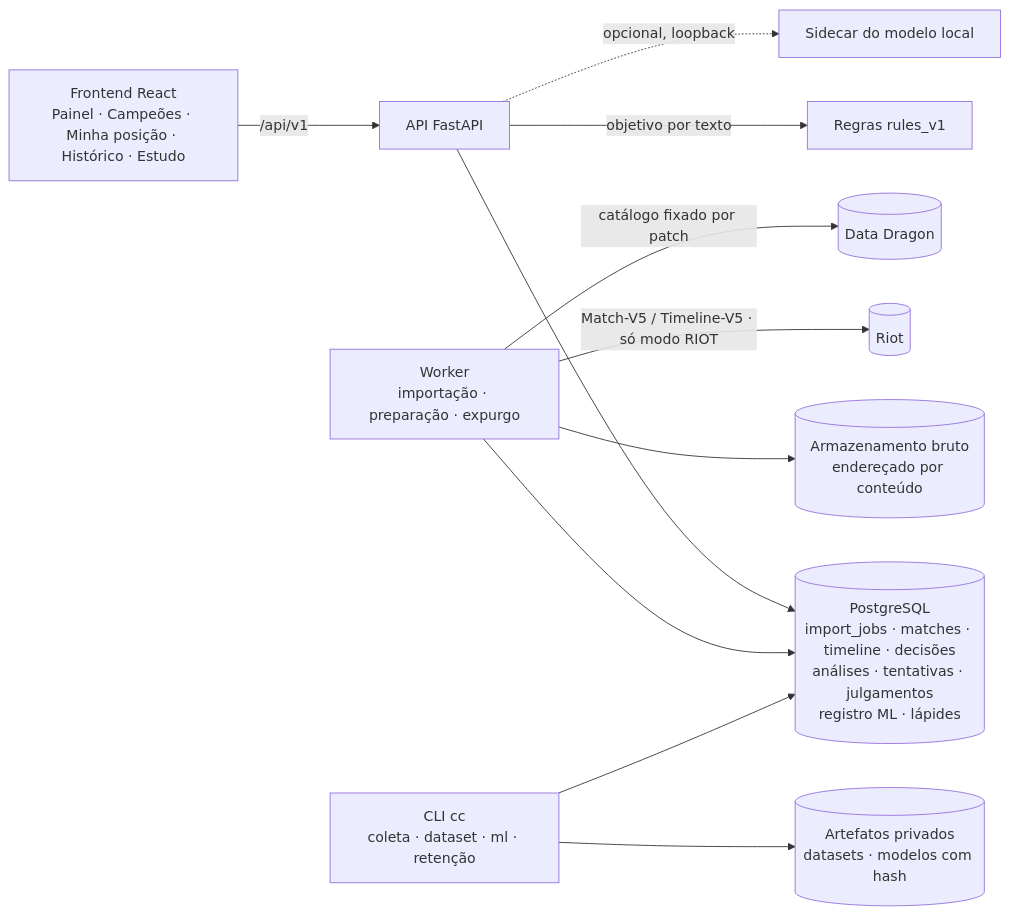
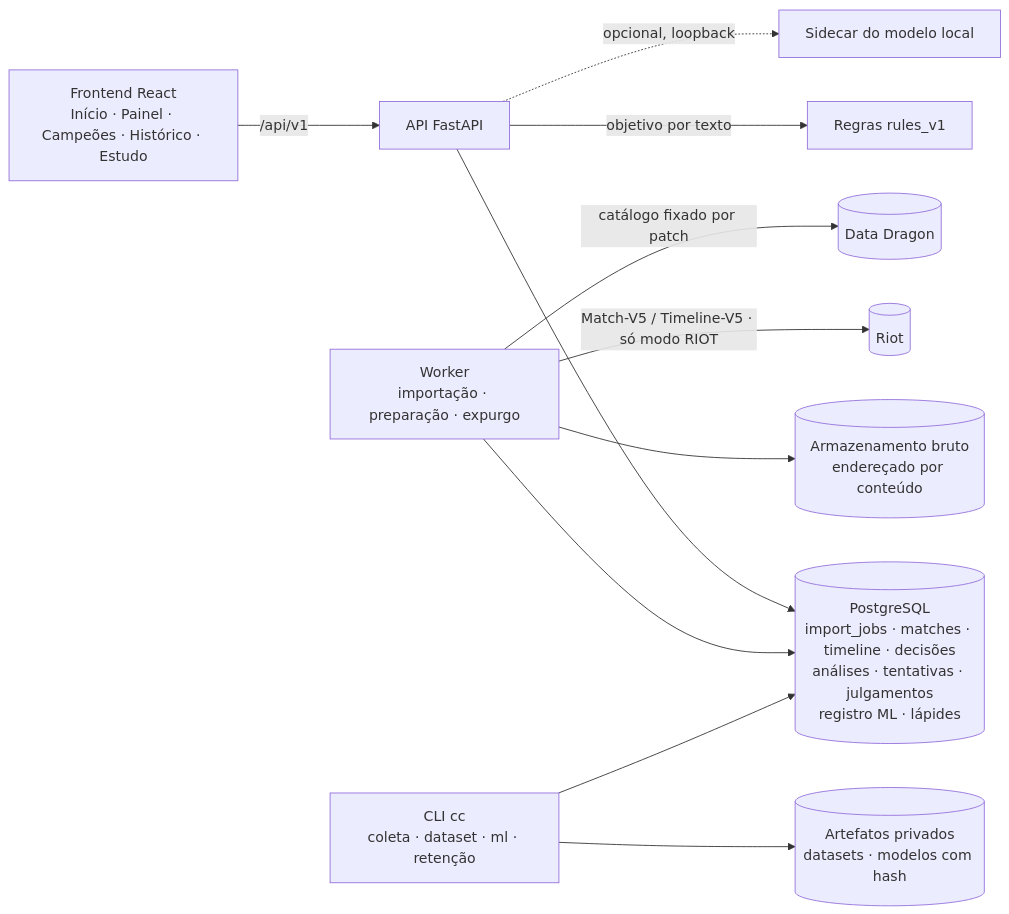
Before and after one commit to julianomagalhaes06/RiftLab: the first of 3 diagrams in docs/architecture.md, drawn with Mermaid. The commit also changed other lines of this file and 19 other files, not shown here.

First line of the commit message:
Remover a aba Minha posição e manter o elo no card do Painel

````diff
--- a/docs/architecture.md
+++ b/docs/architecture.md
@@ -50,13 +50,13 @@
 ```mermaid
 flowchart LR
-  UI[Frontend React<br/>Painel · Campeões · Minha posição · Histórico · Estudo] -->|/api/v1| API[API FastAPI]
+  UI[Frontend React<br/>Início · Painel · Campeões · Histórico · Estudo] -->|/api/v1| API[API FastAPI]
   API --> DB[(PostgreSQL<br/>import_jobs · matches · timeline · decisões<br/>análises · tentativas · julgamentos<br/>registro ML · lápides)]
   W[Worker<br/>importação · preparação · expurgo] --> DB
   W --> RAW[(Armazenamento bruto<br/>endereçado por conteúdo)]
   W -->|Match-V5 / Timeline-V5 · só modo RIOT| RIOT[(Riot)]
   W -->|catálogo fixado por patch| DD[(Data Dragon)]
   API -->|objetivo por texto| RULES[Regras rules_v1]
   API -.->|opcional, loopback| SIDE[Sidecar do modelo local]
   CLI[CLI cc<br/>coleta · dataset · ml · retenção] --> DB
   CLI --> ART[(Artefatos privados<br/>datasets · modelos com hash)]
 ```
````
